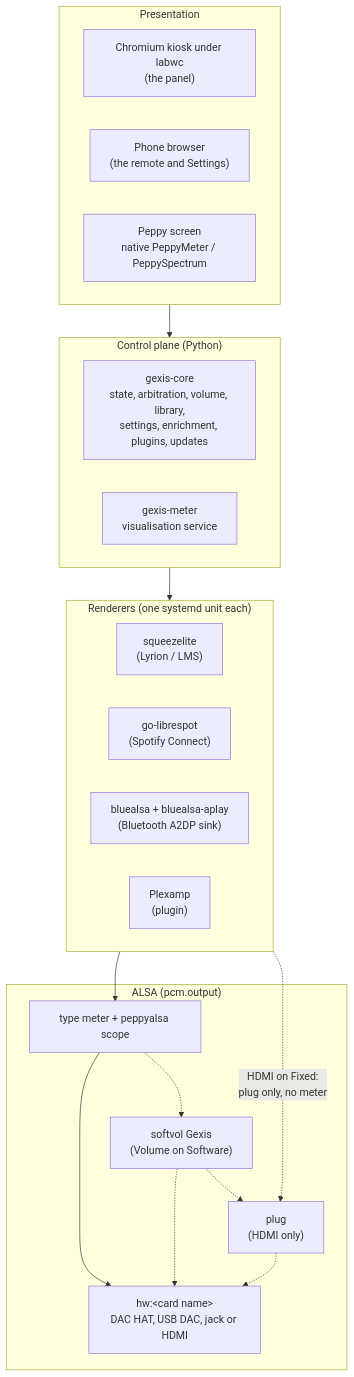
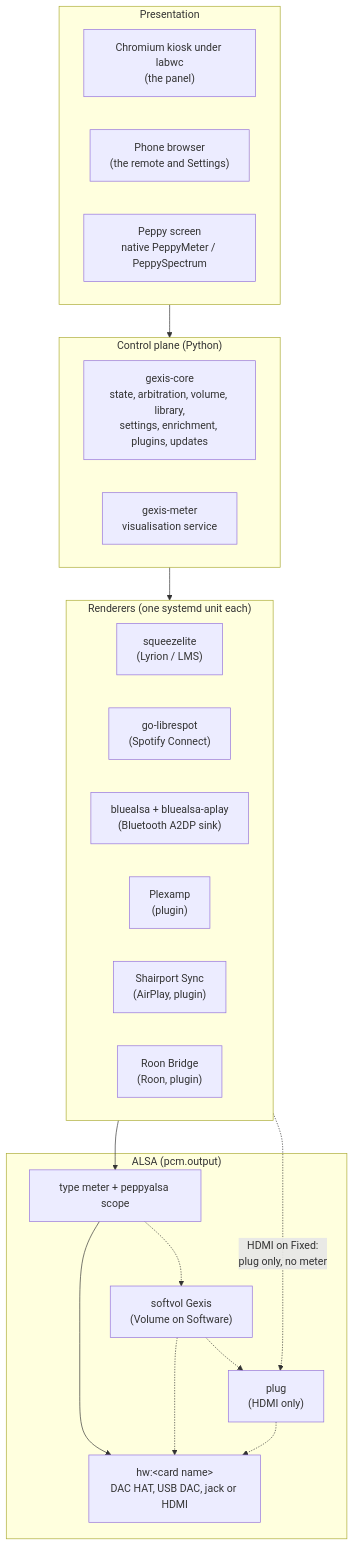
Before and after one commit to gcarstoiu/gexis-player: the first of 3 diagrams in docs/tech/00-overview.md, drawn with Mermaid. The commit also changed 8 other files, not shown here.

````diff
--- a/docs/tech/00-overview.md
+++ b/docs/tech/00-overview.md
@@ -47,30 +47,32 @@
 ```mermaid
 flowchart TB
     subgraph Presentation
         kiosk["Chromium kiosk under labwc<br/>(the panel)"]
         phone["Phone browser<br/>(the remote and Settings)"]
         peppy["Peppy screen<br/>native PeppyMeter / PeppySpectrum"]
     end
     subgraph Control["Control plane (Python)"]
         core["gexis-core<br/>state, arbitration, volume, library,<br/>settings, enrichment, plugins, updates"]
         meter["gexis-meter<br/>visualisation service"]
     end
     subgraph Renderers["Renderers (one systemd unit each)"]
         sq["squeezelite<br/>(Lyrion / LMS)"]
         lib["go-librespot<br/>(Spotify Connect)"]
         bt["bluealsa + bluealsa-aplay<br/>(Bluetooth A2DP sink)"]
         px["Plexamp<br/>(plugin)"]
+        ap["Shairport Sync<br/>(AirPlay, plugin)"]
+        rn["Roon Bridge<br/>(Roon, plugin)"]
     end
     subgraph Audio["ALSA (pcm.output)"]
         out["type meter + peppyalsa scope"]
         sv["softvol Gexis<br/>(Volume on Software)"]
         pl["plug<br/>(HDMI only)"]
         hw["hw:&lt;card name&gt;<br/>DAC HAT, USB DAC, jack or HDMI"]
     end
     Presentation --> Control
     Control --> Renderers
     Renderers --> out --> hw
     out -.-> sv -.-> hw
     sv -.-> pl -.-> hw
     Renderers -. "HDMI on Fixed:<br/>plug only, no meter" .-> pl
 ```
````
